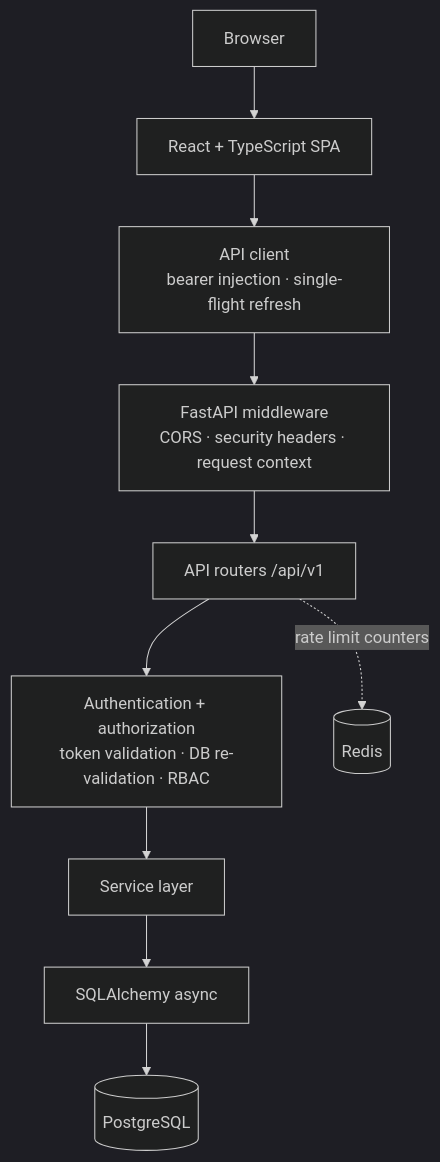
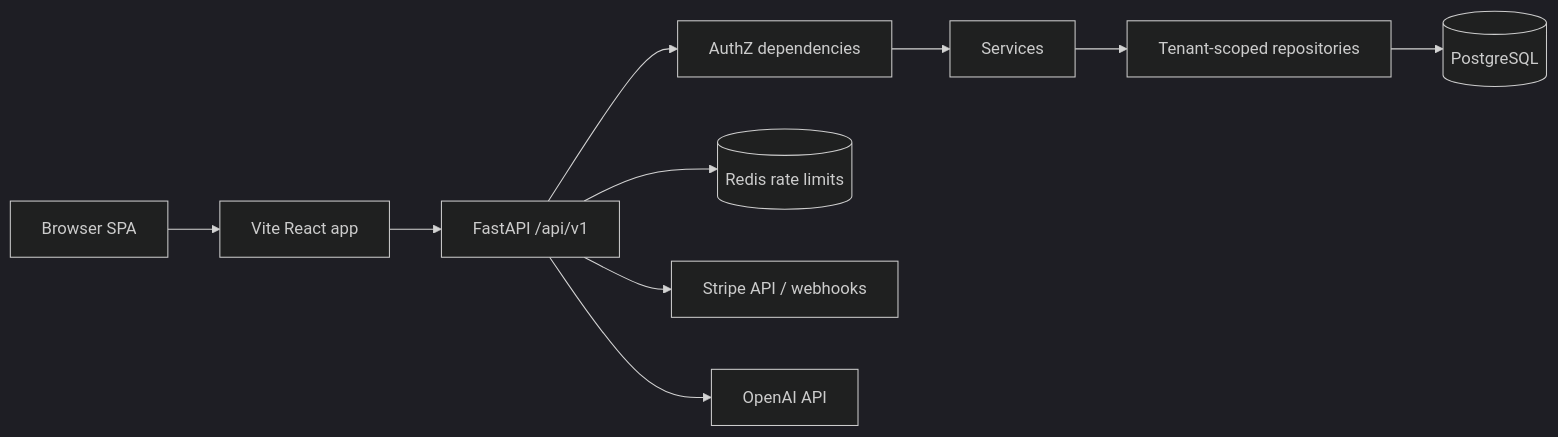
One commit to waley7337/NexusOS changed the diagram in README.md. Above: the diagram before and after it, drawn with Mermaid (dark theme). The commit also changed other lines of this file and 27 other files, not shown here.

Commit message:
docs: synchronize NexusOS architecture and portfolio documentation

````diff
--- a/README.md
+++ b/README.md
@@ -107,12 +84,12 @@
 ```mermaid
-flowchart TD
-    B[Browser] --> F[React + TypeScript SPA]
-    F --> AC[API client<br/>bearer injection · single-flight refresh]
-    AC --> MW[FastAPI middleware<br/>CORS · security headers · request context]
-    MW --> R[API routers /api/v1]
-    R --> AU[Authentication + authorization<br/>token validation · DB re-validation · RBAC]
-    AU --> S[Service layer]
-    S --> ORM[SQLAlchemy async]
-    ORM --> PG[(PostgreSQL)]
-    R -. rate limit counters .-> RD[(Redis)]
+flowchart LR
+  Browser[Browser SPA] --> FE[Vite React app]
+  FE --> API[FastAPI /api/v1]
+  API --> Auth[AuthZ dependencies]
+  Auth --> Svc[Services]
+  Svc --> Repo[Tenant-scoped repositories]
+  Repo --> PG[(PostgreSQL)]
+  API --> Redis[(Redis rate limits)]
+  API --> Stripe[Stripe API / webhooks]
+  API --> OpenAI[OpenAI API]
 ```
````
